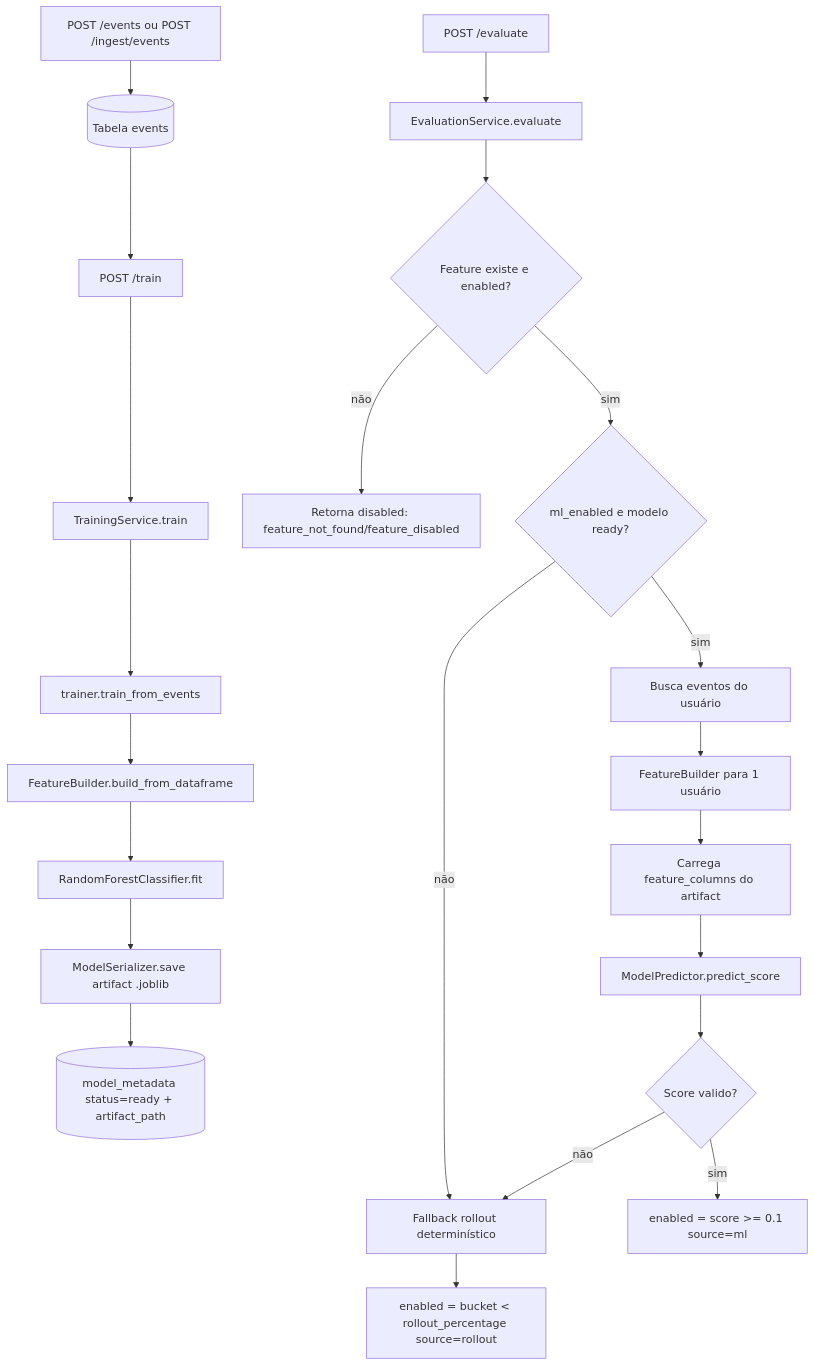
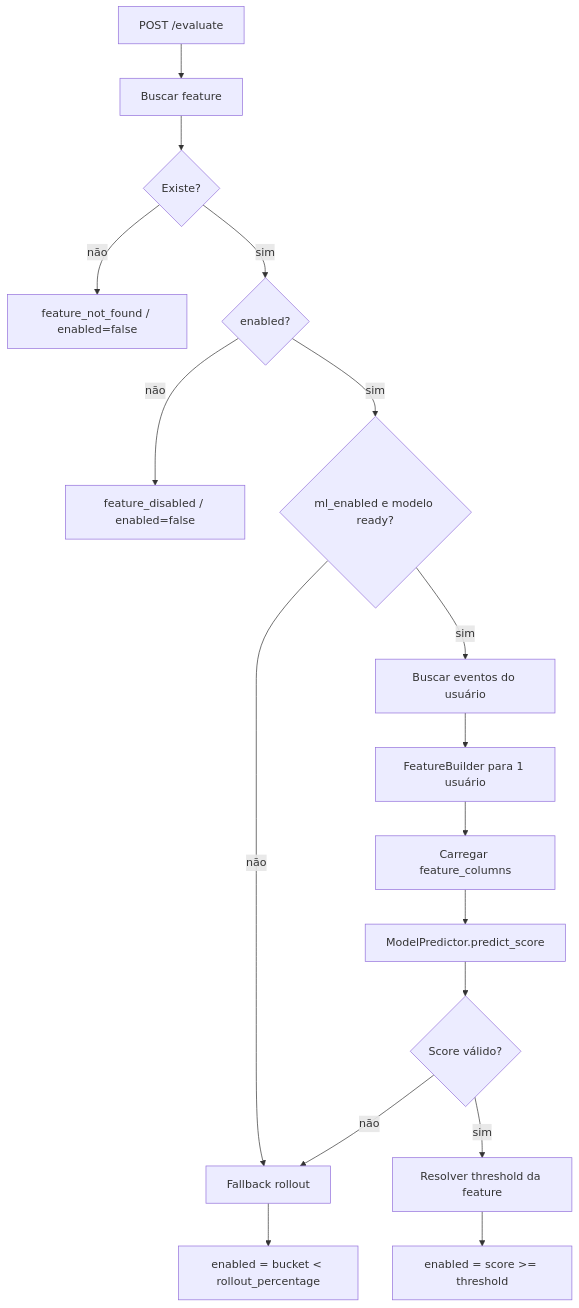
One commit to MariaCarolinass/adaptive-feature-flags changed the fourth of 4 diagrams in docs/implementation/ml-decision-flow-in-depth.md. Above: the diagram before and after it, drawn with Mermaid. The commit also changed other lines of this file, not shown here.

Commit message:
Refactor machine learning decision flow documentation for clarity; update sections on ingestion, training, and evaluation processes.

````diff
--- a/docs/implementation/ml-decision-flow-in-depth.md
+++ b/docs/implementation/ml-decision-flow-in-depth.md
@@ -29,25 +132,19 @@
 ```mermaid
 flowchart TD
-    A[POST /events ou POST /ingest/events] --> B[(Tabela events)]
-    B --> C[POST /train]
-    C --> D[TrainingService.train]
-    D --> E[trainer.train_from_events]
-    E --> F[FeatureBuilder.build_from_dataframe]
-    F --> G[RandomForestClassifier.fit]
-    G --> H[ModelSerializer.save artifact .joblib]
-    H --> I[(model_metadata status=ready + artifact_path)]
-
-    J[POST /evaluate] --> K[EvaluationService.evaluate]
-    K --> L{Feature existe e enabled?}
-    L -- não --> M[Retorna disabled: feature_not_found/feature_disabled]
-    L -- sim --> N{ml_enabled e modelo ready?}
-    N -- não --> O[Fallback rollout determinístico]
-    N -- sim --> P[Busca eventos do usuário]
-    P --> Q[FeatureBuilder para 1 usuário]
-    Q --> R[Carrega feature_columns do artifact]
-    R --> S[ModelPredictor.predict_score]
-    S --> T{Score valido?}
-    T -- não --> O
-    T -- sim --> U[enabled = score >= 0.1 source=ml]
-    O --> V[enabled = bucket < rollout_percentage source=rollout]
+    A[POST /evaluate] --> B[Buscar feature]
+    B --> C{Existe?}
+    C -- não --> D[feature_not_found / enabled=false]
+    C -- sim --> E{enabled?}
+    E -- não --> F[feature_disabled / enabled=false]
+    E -- sim --> G{ml_enabled e modelo ready?}
+    G -- não --> H[Fallback rollout]
+    G -- sim --> I[Buscar eventos do usuário]
+    I --> J[FeatureBuilder para 1 usuário]
+    J --> K[Carregar feature_columns]
+    K --> L[ModelPredictor.predict_score]
+    L --> M{Score válido?}
+    M -- não --> H
+    M -- sim --> N[Resolver threshold da feature]
+    N --> O[enabled = score >= threshold]
+    H --> P[enabled = bucket < rollout_percentage]
 ```
````
